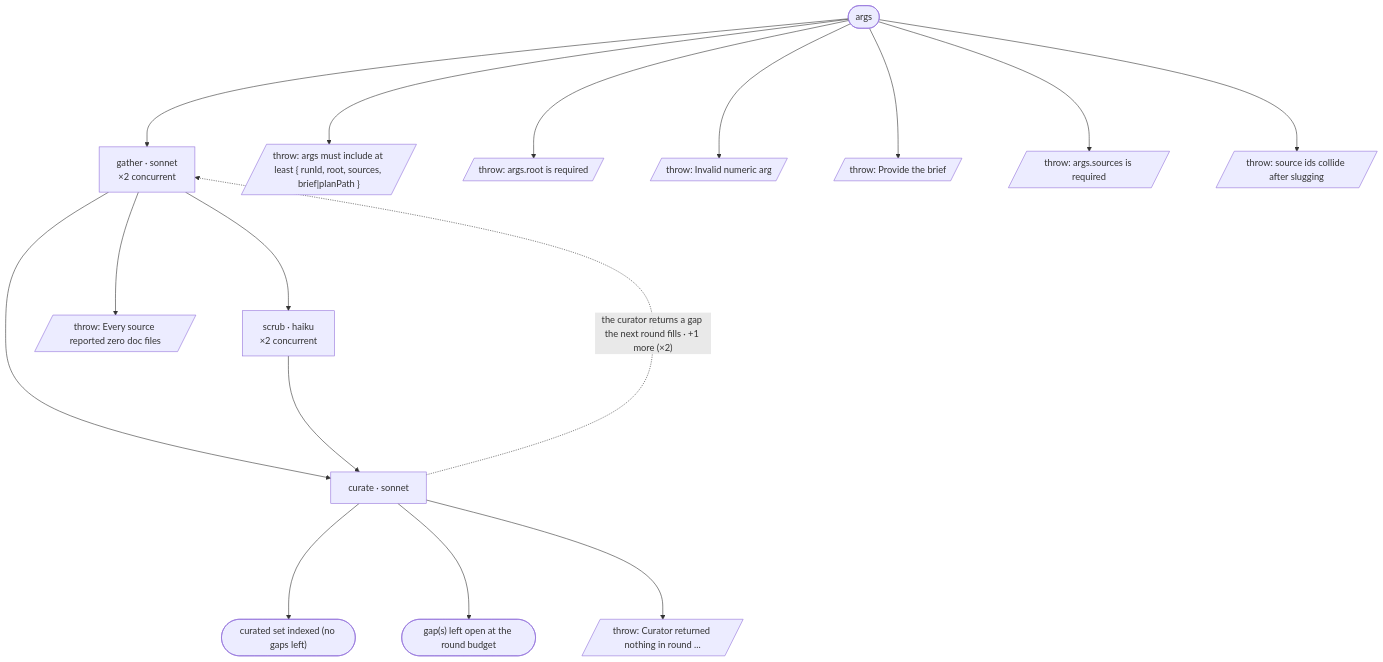
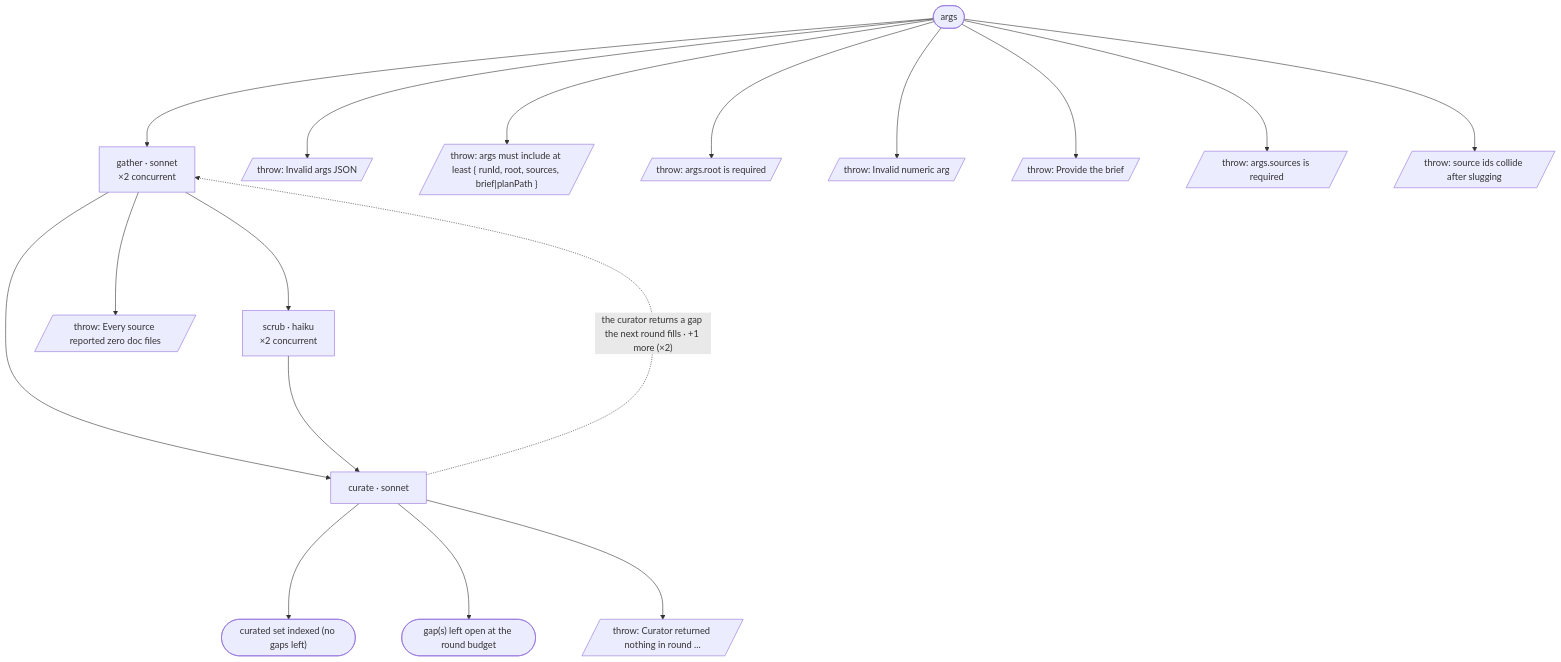
The diagram in workflows/docs/FLOW.md (Blakeem/aipromptguide-workflows), drawn with Mermaid before and after one commit. The commit also changed other lines of this file and 34 other files, not shown here.

Commit message:
hardening sweeps: Invalid args JSON guard in all 9 engines + static sweep; prose-sniff tripwire with allowlisted parked-label sites; top-level attestation sweep (29 schemas incl function-built) + 3 resolve-cycle fields consumed; required-args deletion sweep; flow scenarios + maps regenerated

````diff
--- a/workflows/docs/FLOW.md
+++ b/workflows/docs/FLOW.md
@@ -8,33 +8,35 @@
 ```mermaid
 %%{init: {"flowchart": {"nodeSpacing": 80, "rankSpacing": 200}}}%%
 flowchart TD
   S0(["args"])
   a1["gather · sonnet<br/>×2 concurrent"]
   a2["scrub · haiku<br/>×2 concurrent"]
   a3["curate · sonnet"]
   t1(["curated set indexed (no gaps left)"])
   t2(["gap(s) left open at the round budget"])
-  x1[/"throw: args must include at least { runId, root, sources, brief#124;planPath }"/]
-  x2[/"throw: args.root is required"/]
-  x3[/"throw: Invalid numeric arg"/]
-  x4[/"throw: Provide the brief"/]
-  x5[/"throw: args.sources is required"/]
-  x6[/"throw: source ids collide after slugging"/]
-  x7[/"throw: Every source reported zero doc files"/]
-  x8[/"throw: Curator returned nothing in round ..."/]
+  x1[/"throw: Invalid args JSON"/]
+  x2[/"throw: args must include at least { runId, root, sources, brief#124;planPath }"/]
+  x3[/"throw: args.root is required"/]
+  x4[/"throw: Invalid numeric arg"/]
+  x5[/"throw: Provide the brief"/]
+  x6[/"throw: args.sources is required"/]
+  x7[/"throw: source ids collide after slugging"/]
+  x8[/"throw: Every source reported zero doc files"/]
+  x9[/"throw: Curator returned nothing in round ..."/]
   S0 --> a1
   S0 --> x1
   S0 --> x2
   S0 --> x3
   S0 --> x4
   S0 --> x5
   S0 --> x6
+  S0 --> x7
   a1 --> a2
   a1 --> a3
-  a1 --> x7
+  a1 --> x8
   a2 --> a3
   a3 -.->|"the curator returns a gap the next round fills · +1 more (×2)"| a1
   a3 --> t1
   a3 --> t2
-  a3 --> x8
+  a3 --> x9
 ```
````
